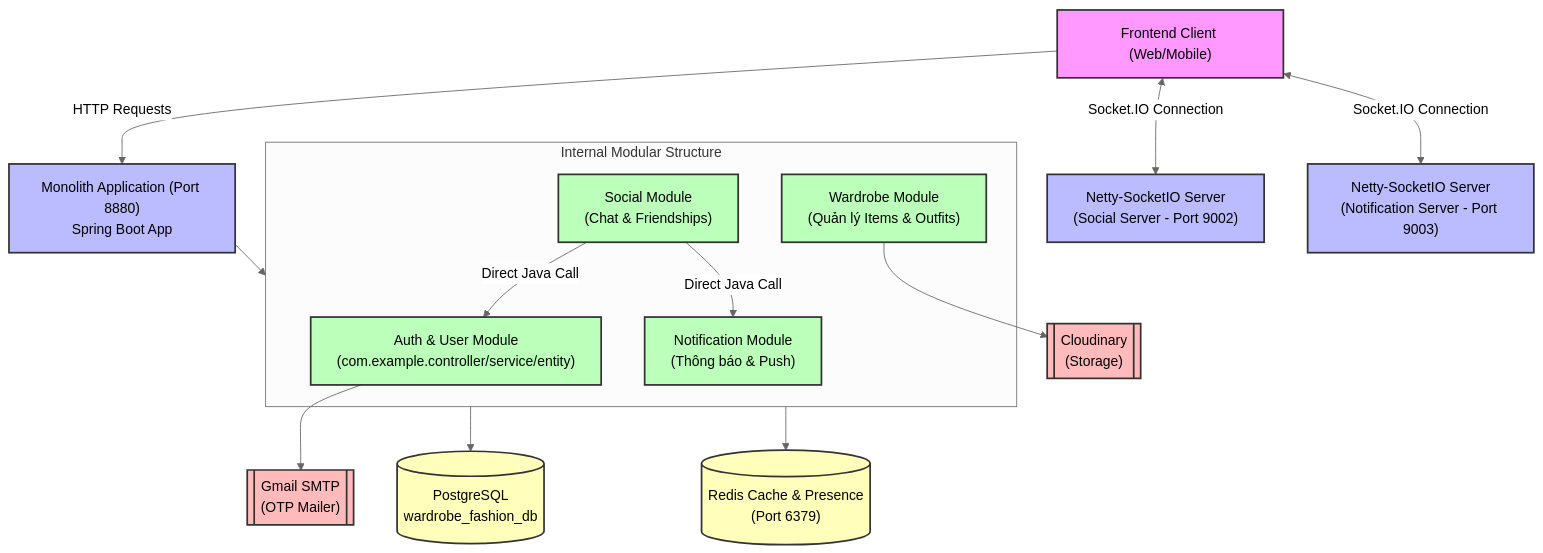
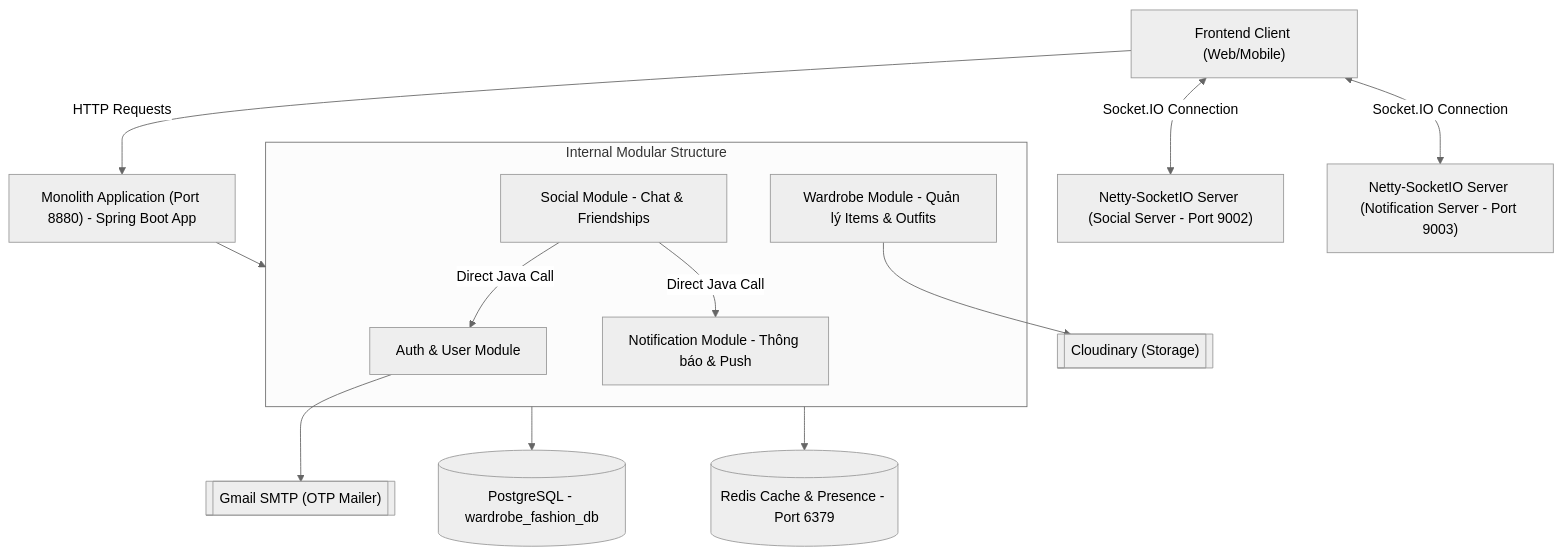
One commit to nghiaMeo/fashion-outfit-suggestions-application changed the first of 5 diagrams in wardrobe-services/he_thong_va_luong_du_lieu.md. Above: the diagram before and after it, drawn with Mermaid (neutral theme). The commit also changed other lines of this file, not shown here.

````diff
--- a/wardrobe-services/he_thong_va_luong_du_lieu.md
+++ b/wardrobe-services/he_thong_va_luong_du_lieu.md
@@ -13,45 +13,39 @@
 ```mermaid
 graph TD
-    classDef client fill:#f9f,stroke:#333,stroke-width:2px;
-    classDef monolith fill:#bbf,stroke:#333,stroke-width:2px;
-    classDef module fill:#bfb,stroke:#333,stroke-width:2px;
-    classDef database fill:#ffb,stroke:#333,stroke-width:2px;
-    classDef external fill:#fbb,stroke:#333,stroke-width:2px;
-
-    Client["Frontend Client (Web/Mobile)"]:::client
-    MonolithApp["Monolith Application (Port 8880)\nSpring Boot App"]:::monolith
+    Client["Frontend Client (Web/Mobile)"]
+    MonolithApp["Monolith Application (Port 8880) - Spring Boot App"]
 
     %% Internal Modules
     subgraph Modules [Internal Modular Structure]
-        AuthMod["Auth & User Module\n(com.example.controller/service/entity)"]:::module
-        WardrobeMod["Wardrobe Module\n(Quản lý Items & Outfits)"]:::module
-        SocialMod["Social Module\n(Chat & Friendships)"]:::module
-        NotificationMod["Notification Module\n(Thông báo & Push)"]:::module
+        AuthMod["Auth & User Module"]
+        WardrobeMod["Wardrobe Module - Quản lý Items & Outfits"]
+        SocialMod["Social Module - Chat & Friendships"]
+        NotificationMod["Notification Module - Thông báo & Push"]
     end
 
     %% Databases & External Services
-    DB_Monolith[("PostgreSQL\nwardrobe_fashion_db")]:::database
-    Redis[("Redis Cache & Presence\n(Port 6379)")]:::database
+    DB_Monolith[("PostgreSQL - wardrobe_fashion_db")]
+    Redis[("Redis Cache & Presence - Port 6379")]
     
-    SocketIO_Social["Netty-SocketIO Server\n(Social Server - Port 9002)"]:::monolith
-    SocketIO_Notif["Netty-SocketIO Server\n(Notification Server - Port 9003)"]:::monolith
+    SocketIO_Social["Netty-SocketIO Server (Social Server - Port 9002)"]
+    SocketIO_Notif["Netty-SocketIO Server (Notification Server - Port 9003)"]
 
-    Cloudinary[["Cloudinary\n(Storage)"]]:::external
-    Gmail[["Gmail SMTP\n(OTP Mailer)"]]:::external
+    Cloudinary[["Cloudinary (Storage)"]]
+    Gmail[["Gmail SMTP (OTP Mailer)"]]
 
     %% Routing
     Client -->|HTTP Requests| MonolithApp
     Client <-->|Socket.IO Connection| SocketIO_Social
     Client <-->|Socket.IO Connection| SocketIO_Notif
 
-    %% Internal Calls (Direct Method Injections instead of Feign Client)
+    %% Internal Calls
     SocialMod -->|Direct Java Call| AuthMod
     SocialMod -->|Direct Java Call| NotificationMod
 
     %% Connections
     MonolithApp --> Modules
     Modules --> DB_Monolith
     Modules --> Redis
     AuthMod --> Gmail
     WardrobeMod --> Cloudinary
 ```
````
